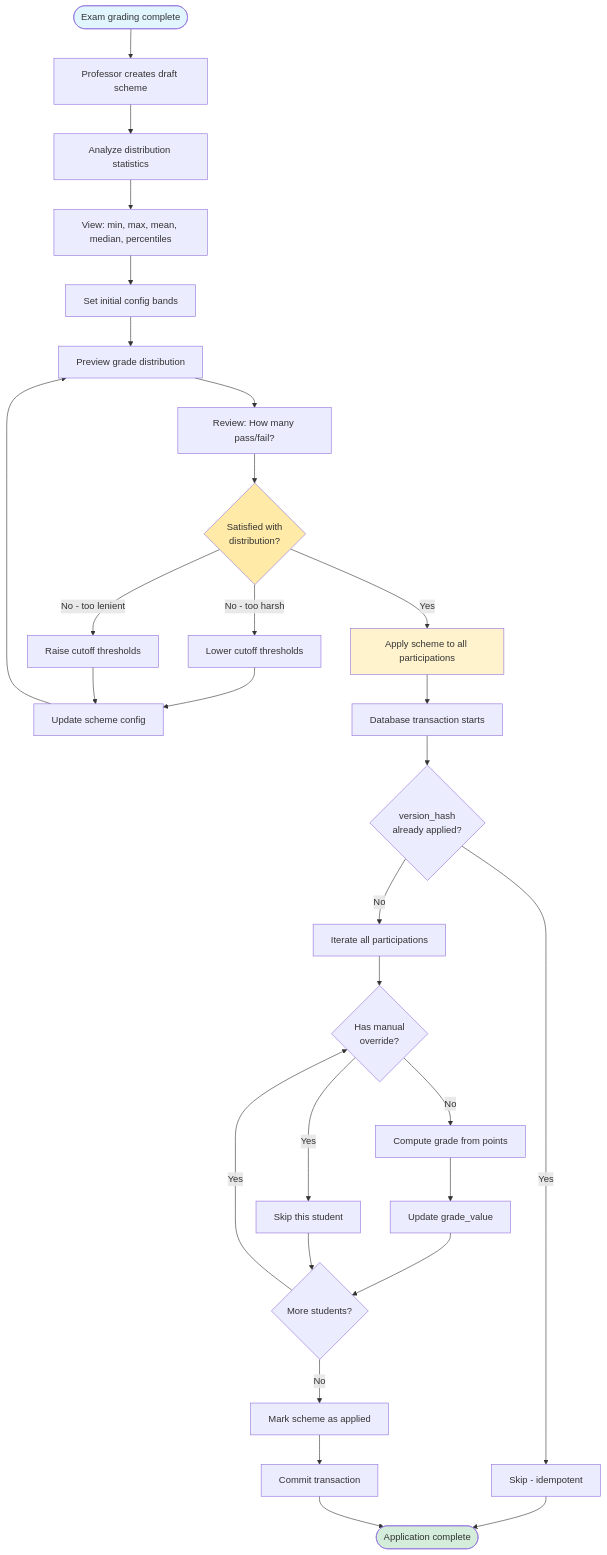
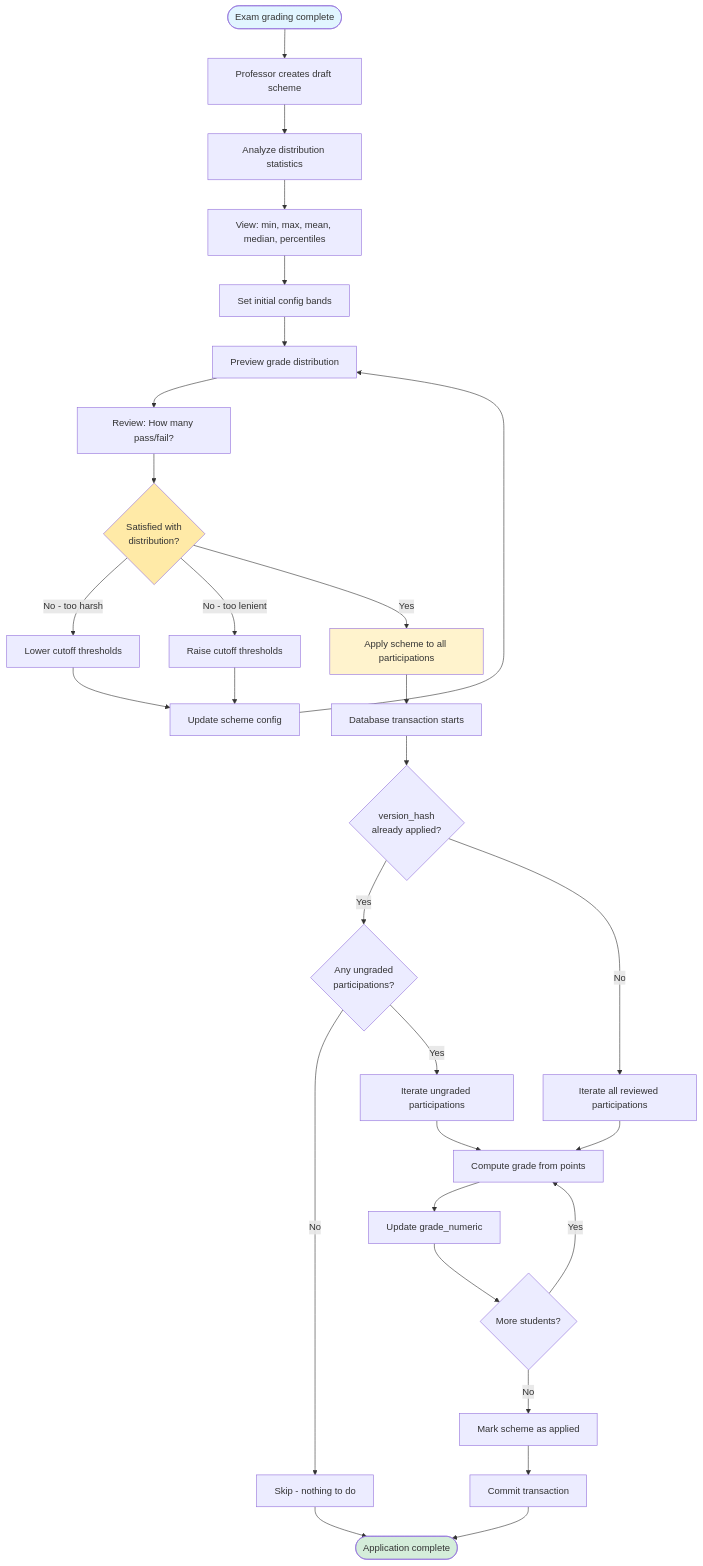
The second of 5 diagrams in architecture/src/features/05b-grading-schemes.md (MaMpf-HD/mampf), drawn with Mermaid before and after one commit. The commit also changed other lines of this file and 4 other files, not shown here.

Commit message:
Enhance grade scheme applier to preserve manual corrections and grade late-reviewed participations on re-apply; add tests for fractional mean and idempotency behavior

````diff
--- a/architecture/src/features/05b-grading-schemes.md
+++ b/architecture/src/features/05b-grading-schemes.md
@@ -513,47 +513,47 @@
 ```mermaid
 flowchart TD
     Start([Exam grading complete]) --> CreateScheme[Professor creates draft scheme]
     CreateScheme --> AnalyzeDist[Analyze distribution statistics]
 
     AnalyzeDist --> ViewStats[View: min, max, mean, median, percentiles]
     ViewStats --> InitialConfig[Set initial config bands]
 
     InitialConfig --> Preview[Preview grade distribution]
     Preview --> ReviewResults[Review: How many pass/fail?]
 
     ReviewResults --> Satisfied{Satisfied with<br/>distribution?}
 
     Satisfied -->|No - too harsh| LowerThreshold[Lower cutoff thresholds]
     Satisfied -->|No - too lenient| RaiseThreshold[Raise cutoff thresholds]
 
     LowerThreshold --> UpdateConfig[Update scheme config]
     RaiseThreshold --> UpdateConfig
     UpdateConfig --> Preview
 
     Satisfied -->|Yes| Apply[Apply scheme to all participations]
     Apply --> Transaction[Database transaction starts]
 
     Transaction --> CheckHash{version_hash<br/>already applied?}
-    CheckHash -->|Yes| SkipAll[Skip - idempotent]
-    CheckHash -->|No| IterateParticipations[Iterate all participations]
+    CheckHash -->|Yes| CheckUngraded{Any ungraded<br/>participations?}
+    CheckUngraded -->|No| SkipAll[Skip - nothing to do]
+    CheckUngraded -->|Yes| IterateUngraded[Iterate ungraded participations]
+    CheckHash -->|No| IterateAll[Iterate all reviewed participations]
 
-    IterateParticipations --> CheckOverride{Has manual<br/>override?}
-    CheckOverride -->|Yes| SkipStudent[Skip this student]
-    CheckOverride -->|No| ComputeGrade[Compute grade from points]
+    IterateAll --> ComputeGrade[Compute grade from points]
+    IterateUngraded --> ComputeGrade
 
-    ComputeGrade --> UpdateGrade[Update grade_value]
+    ComputeGrade --> UpdateGrade[Update grade_numeric]
     UpdateGrade --> MoreStudents{More students?}
-    SkipStudent --> MoreStudents
 
-    MoreStudents -->|Yes| CheckOverride
+    MoreStudents -->|Yes| ComputeGrade
     MoreStudents -->|No| MarkApplied[Mark scheme as applied]
 
     MarkApplied --> Commit[Commit transaction]
     SkipAll --> Done([Application complete])
     Commit --> Done
 
     style Start fill:#e1f5ff
     style Done fill:#d4edda
     style Apply fill:#fff3cd
     style Satisfied fill:#ffeaa7
 ```
````
